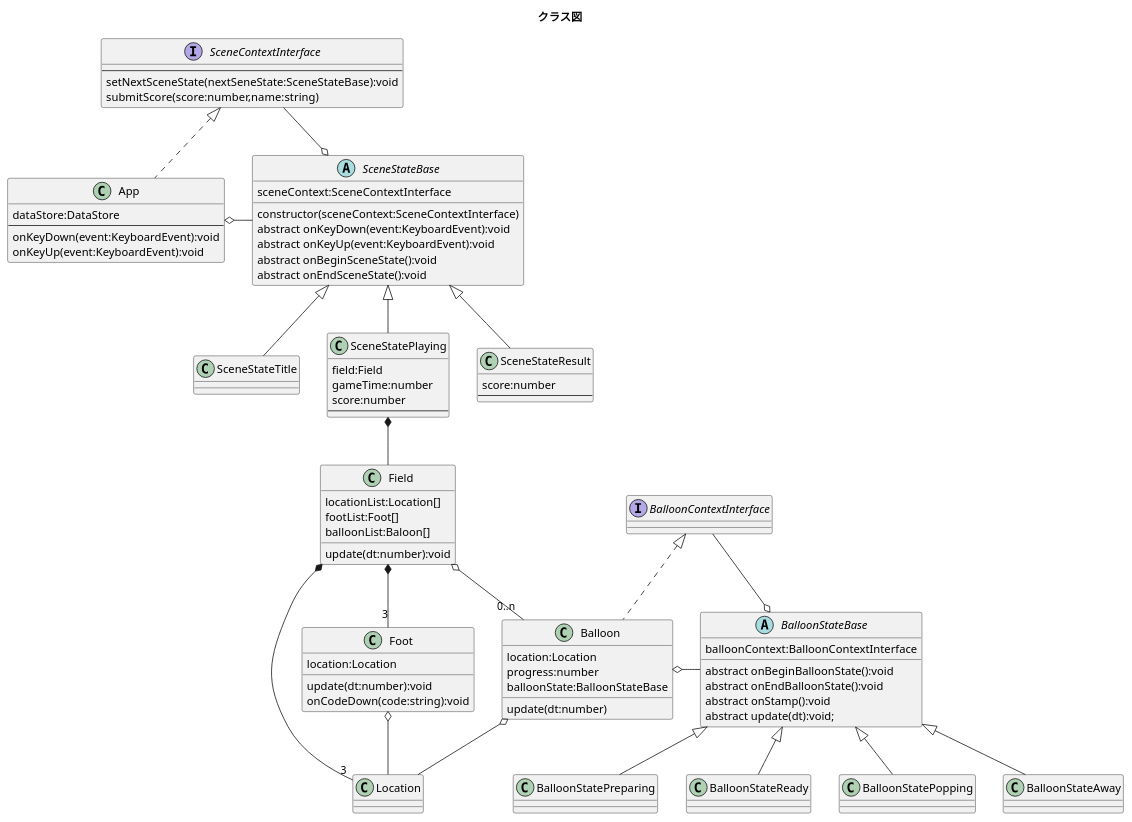
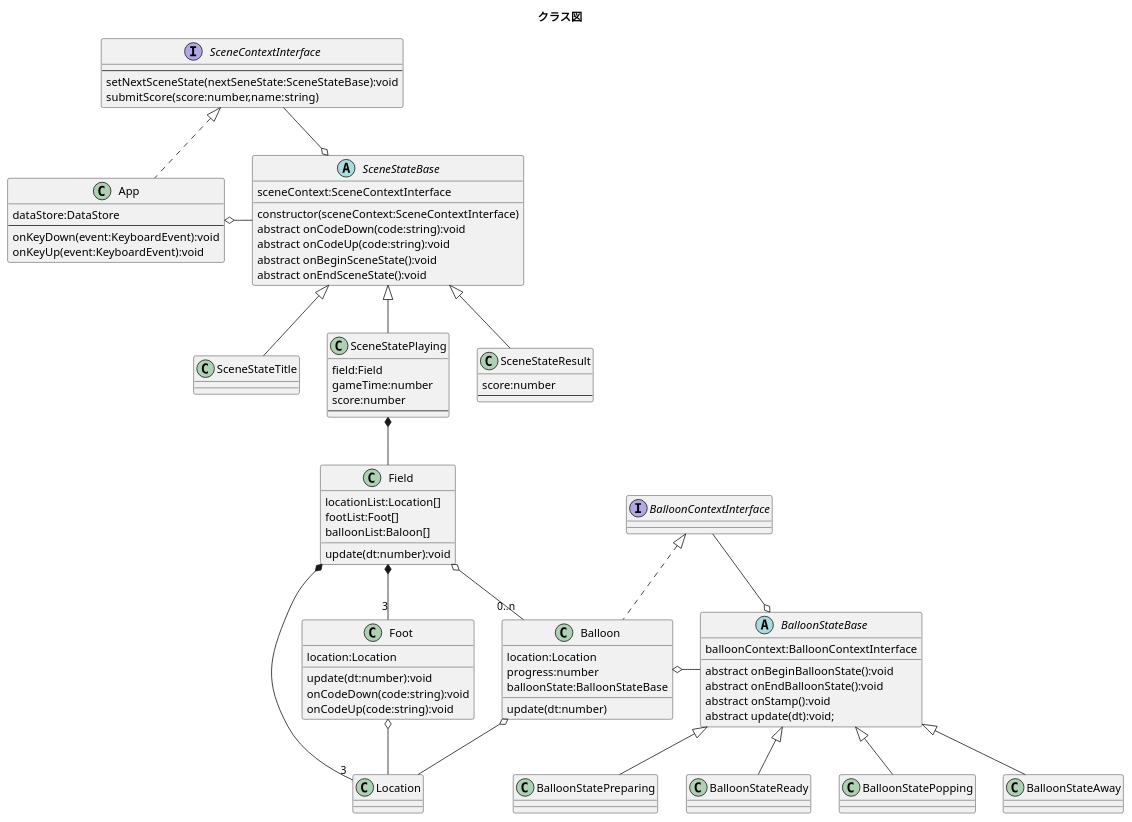
The diagram in uml/class-diagram.puml (novogrammer/balloon-popping-game), drawn with PlantUML before and after one commit. The commit also changed 6 other files, not shown here.

```diff
--- a/uml/class-diagram.puml
+++ b/uml/class-diagram.puml
@@ -1,114 +1,115 @@
 @startuml クラス図
 title クラス図
 
 abstract class BalloonStateBase{
   balloonContext:BalloonContextInterface
   abstract onBeginBalloonState():void
   abstract onEndBalloonState():void
   abstract onStamp():void
   abstract update(dt):void;
 }
 class BalloonStatePreparing extends BalloonStateBase{
 
 }
 class BalloonStateReady extends BalloonStateBase{
 
 }
 class BalloonStatePopping extends BalloonStateBase{
 
 }
 class BalloonStateAway extends BalloonStateBase{
 
 }
 
 
 interface BalloonContextInterface{
 
 }
 
 
 
 class Location{
 
 }
 
 class Foot{
   location:Location
   update(dt:number):void
   onCodeDown(code:string):void
+  onCodeUp(code:string):void
 }
 
 class Balloon implements BalloonContextInterface{
   location:Location
   progress:number
   balloonState:BalloonStateBase
 
   update(dt:number)
 }
 
 class Field{
   locationList:Location[]
   footList:Foot[]
   balloonList:Baloon[]
 
   update(dt:number):void
 }
 
 
 abstract class SceneStateBase{
   sceneContext:SceneContextInterface
 
   constructor(sceneContext:SceneContextInterface)
-  abstract onKeyDown(event:KeyboardEvent):void
-  abstract onKeyUp(event:KeyboardEvent):void
+  abstract onCodeDown(code:string):void
+  abstract onCodeUp(code:string):void
   abstract onBeginSceneState():void
   abstract onEndSceneState():void
 }
 
 class SceneStateTitle extends SceneStateBase{
 }
 class SceneStatePlaying extends SceneStateBase{
   field:Field
   gameTime:number
   score:number
   --
 }
 class SceneStateResult extends SceneStateBase{
   score:number
   --
 }
 
 
 interface SceneContextInterface{
   --
   setNextSceneState(nextSeneState:SceneStateBase):void
   submitScore(score:number,name:string)
 }
 
 class App implements SceneContextInterface{
   dataStore:DataStore
   --
   onKeyDown(event:KeyboardEvent):void
   onKeyUp(event:KeyboardEvent):void
 }
 
 
 SceneStateBase o-up- SceneContextInterface
 App o-right- SceneStateBase
 
 SceneStatePlaying *-- Field
 
 
 Field *-- "3" Foot
 Field *-- "3" Location
 Field o-- "0..n" Balloon
 
 
 Foot o-- Location
 Balloon o-- Location
 
 
 BalloonStateBase o-up- BalloonContextInterface
 Balloon o-right- BalloonStateBase
 
 @enduml
```
